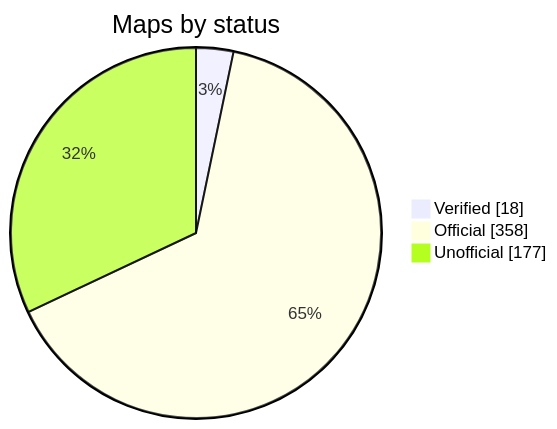
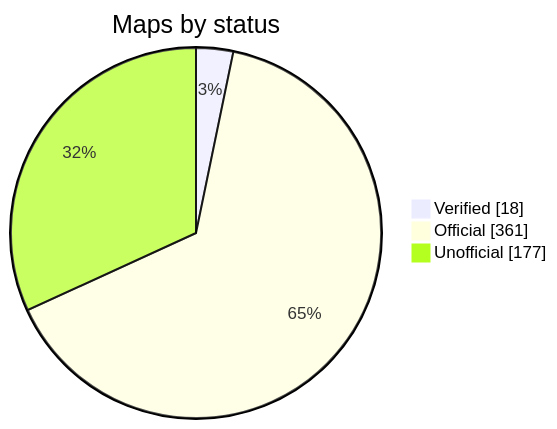
Before and after one commit to nobrega8/mbmap-library: the diagram in README.md, drawn with Mermaid. The commit also changed 8 other files, not shown here.

````diff
--- a/README.md
+++ b/README.md
@@ -52,7 +52,7 @@
 ```mermaid
 pie showData
     title Maps by status
     "Verified" : 18
-    "Official" : 358
+    "Official" : 361
     "Unofficial" : 177
 ```
````
